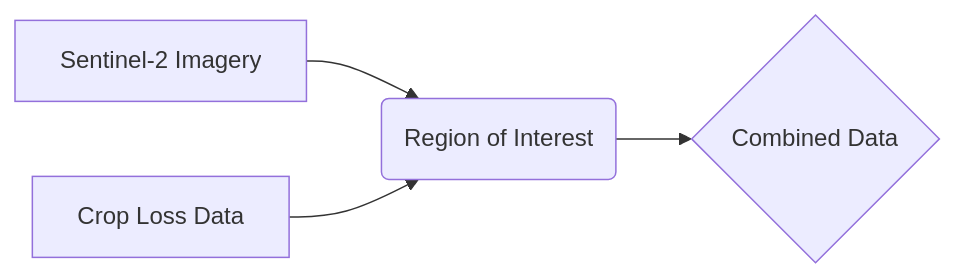
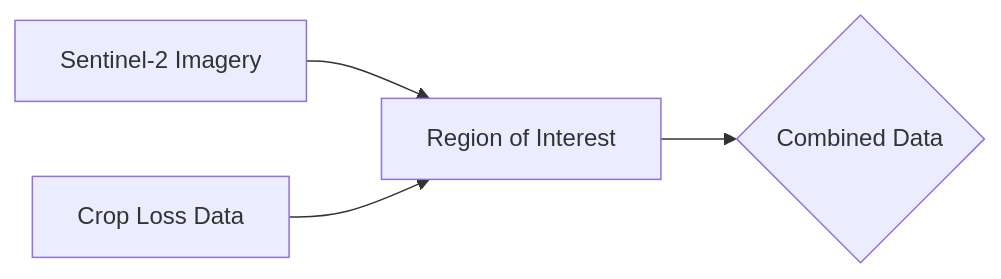
Before and after one commit to CropPulse/CropPulse-Hackathon1: the first of 5 diagrams in README.md, drawn with Mermaid.

````diff
--- a/README.md
+++ b/README.md
@@ -28,6 +28,6 @@
 ```mermaid
 graph LR
-    A[Sentinel-2 Imagery] --> B(Region of Interest);
+    A[Sentinel-2 Imagery] --> B[Region of Interest];
     C[Crop Loss Data] --> B;
     B --> D{Combined Data};
 ```
````
